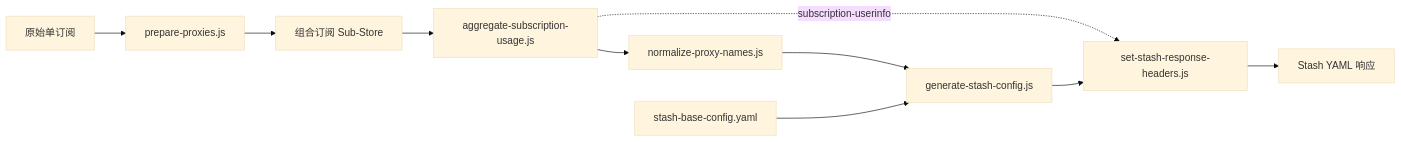
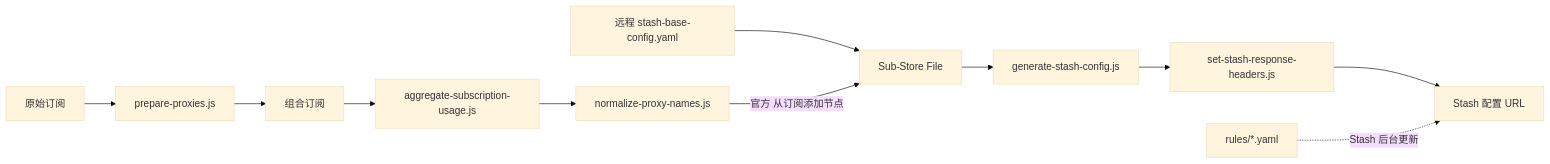
Before and after one commit to cccccoke/sub-store: the diagram in README.md, drawn with Mermaid (base theme). The commit also changed other lines of this file and 14 other files, not shown here.

````diff
--- a/README.md
+++ b/README.md
@@ -13,12 +11,13 @@
 ```mermaid
 flowchart LR
-  A[原始单订阅] --> B[prepare-proxies.js]
-  B --> C[组合订阅 Sub-Store]
+  A[原始订阅] --> B[prepare-proxies.js]
+  B --> C[组合订阅]
   C --> D[aggregate-subscription-usage.js]
   D --> E[normalize-proxy-names.js]
-  E --> F[generate-stash-config.js]
-  T[stash-base-config.yaml] --> F
-  D -. subscription-userinfo .-> R[set-stash-response-headers.js]
-  F --> R
-  R --> O[Stash YAML 响应]
+  R[远程 stash-base-config.yaml] --> F[Sub-Store File]
+  E -->|官方 从订阅添加节点| F
+  F --> G[generate-stash-config.js]
+  G --> H[set-stash-response-headers.js]
+  H --> I[Stash 配置 URL]
+  P[rules/*.yaml] -. Stash 后台更新 .-> I
 ```
````
